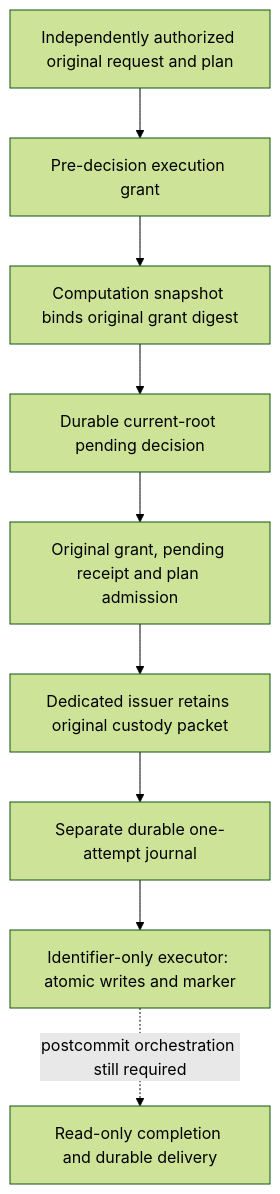
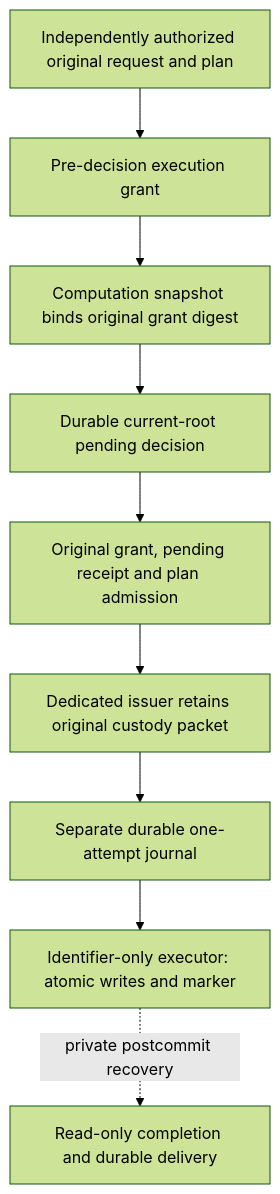
One commit to AndrewMohawk/catchplate changed the diagram in docs/authority-successor-execution.md. Above: the diagram before and after it, drawn with Mermaid (forest theme). The commit also changed other lines of this file and 14 other files, not shown here.

Commit message:
Recover protected custody through exact durable completion delivery

````diff
--- a/docs/authority-successor-execution.md
+++ b/docs/authority-successor-execution.md
@@ -13,11 +24,11 @@
 ```mermaid
 flowchart TD
     A[Independently authorized original request and plan] --> B[Pre-decision execution grant]
     B --> C[Computation snapshot binds original grant digest]
     C --> D[Durable current-root pending decision]
     D --> E[Original grant, pending receipt and plan admission]
     E --> F[Dedicated issuer retains original custody packet]
     F --> G[Separate durable one-attempt journal]
     G --> H[Identifier-only executor: atomic writes and marker]
-    H -. postcommit orchestration still required .-> I[Read-only completion and durable delivery]
+    H -. private postcommit recovery .-> I[Read-only completion and durable delivery]
 ```
````
